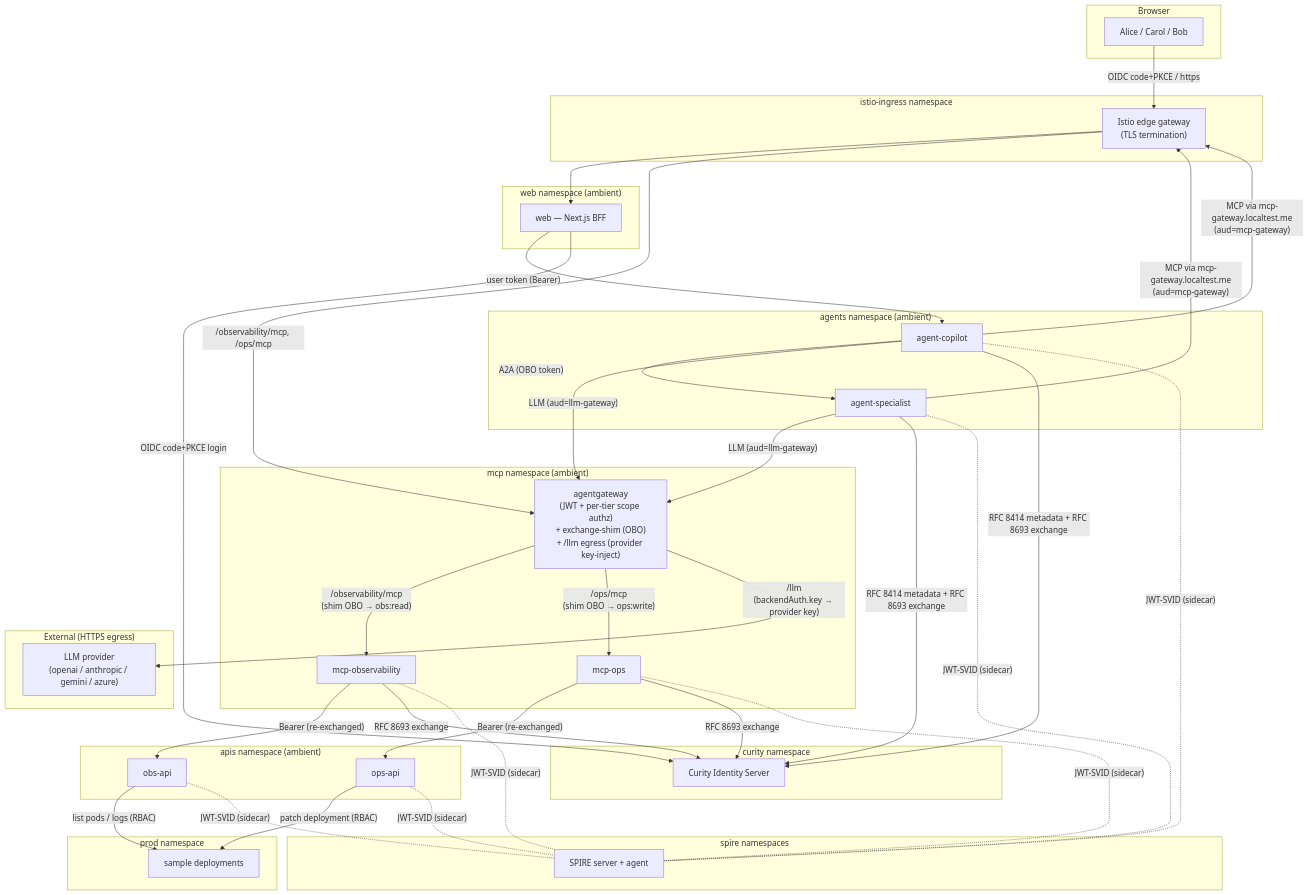
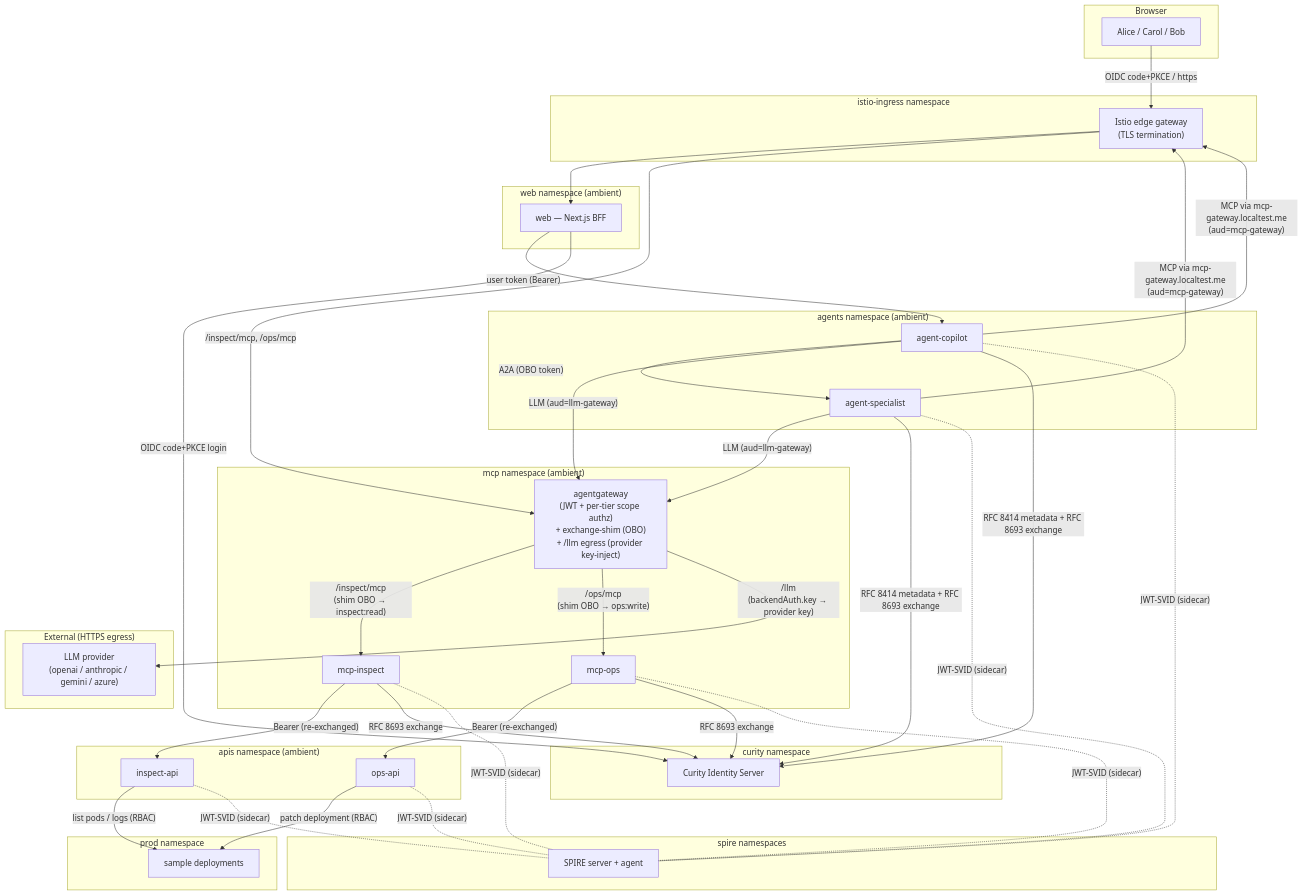
The first of 4 diagrams in docs/architecture.md (curityio/ai-agents-auth-demo), drawn with Mermaid before and after one commit. The commit also changed other lines of this file and 171 other files, not shown here.

````diff
--- a/docs/architecture.md
+++ b/docs/architecture.md
@@ -77,67 +77,67 @@
 ```mermaid
 flowchart TB
   subgraph browser["Browser"]
     U["Alice / Carol / Bob"]
   end
 
   subgraph ingress_ns["istio-ingress namespace"]
     GW["Istio edge gateway<br/>(TLS termination)"]
   end
 
   subgraph web_ns["web namespace (ambient)"]
     W["web — Next.js BFF"]
   end
 
   subgraph agents_ns["agents namespace (ambient)"]
     A1["agent-copilot"]
     A2["agent-specialist"]
   end
 
   subgraph mcp_ns["mcp namespace (ambient)"]
     GWY["agentgateway<br/>(JWT + per-tier scope authz)<br/>+ exchange-shim (OBO)<br/>+ /llm egress (provider key-inject)"]
-    M1["mcp-observability"]
+    M1["mcp-inspect"]
     M2["mcp-ops"]
   end
 
   subgraph apis_ns["apis namespace (ambient)"]
-    B1["obs-api"]
+    B1["inspect-api"]
     B2["ops-api"]
   end
 
   subgraph prod_ns["prod namespace"]
     V["sample deployments"]
   end
 
   subgraph curity_ns["curity namespace"]
     C["Curity Identity Server"]
   end
 
   subgraph spire_ns["spire namespaces"]
     S["SPIRE server + agent"]
   end
 
   subgraph external["External (HTTPS egress)"]
     LLM["LLM provider<br/>(openai / anthropic / gemini / azure)"]
   end
 
   U -- "OIDC code+PKCE / https" --> GW
   GW --> W
   W -- "user token (Bearer)" --> A1
   A1 -- "A2A (OBO token)" --> A2
   A1 -- "MCP via mcp-gateway.localtest.me<br/>(aud=mcp-gateway)" --> GW
   A2 -- "MCP via mcp-gateway.localtest.me<br/>(aud=mcp-gateway)" --> GW
-  GW -- "/observability/mcp, /ops/mcp" --> GWY
+  GW -- "/inspect/mcp, /ops/mcp" --> GWY
   A1 -- "LLM (aud=llm-gateway)" --> GWY
   A2 -- "LLM (aud=llm-gateway)" --> GWY
-  GWY -- "/observability/mcp<br/>(shim OBO → obs:read)" --> M1
+  GWY -- "/inspect/mcp<br/>(shim OBO → inspect:read)" --> M1
   GWY -- "/ops/mcp<br/>(shim OBO → ops:write)" --> M2
   GWY -- "/llm<br/>(backendAuth.key → provider key)" --> LLM
   M1 -- "Bearer (re-exchanged)" --> B1
   M2 -- "Bearer (re-exchanged)" --> B2
   B1 -- "list pods / logs (RBAC)" --> V
   B2 -- "patch deployment (RBAC)" --> V
   W -- "OIDC code+PKCE login" --> C
   A1 & A2 -- "RFC 8414 metadata + RFC 8693 exchange" --> C
   M1 & M2 -- "RFC 8693 exchange" --> C
   B1 & B2 & A1 & A2 & M1 & M2 -. "JWT-SVID (sidecar)" .- S
 ```
````
